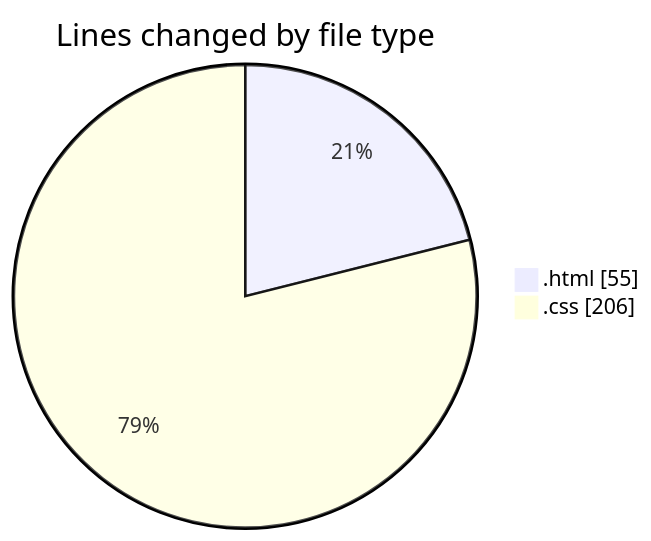
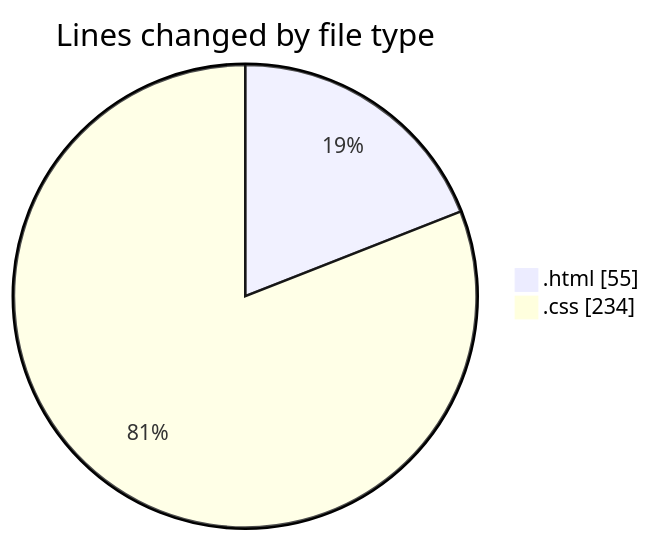
Before and after one commit to CELIANVF/code-tracking: the first of 2 diagrams in 2025-04-15/portfolio/README.md, drawn with Mermaid. The commit also changed other lines of this file and 1 other file, not shown here.

````diff
--- a/2025-04-15/portfolio/README.md
+++ b/2025-04-15/portfolio/README.md
@@ -21,6 +21,6 @@
 ```mermaid
 pie showData
 title Lines changed by file type
 ".html" : 55
-".css" : 206
+".css" : 234
 ```
````
